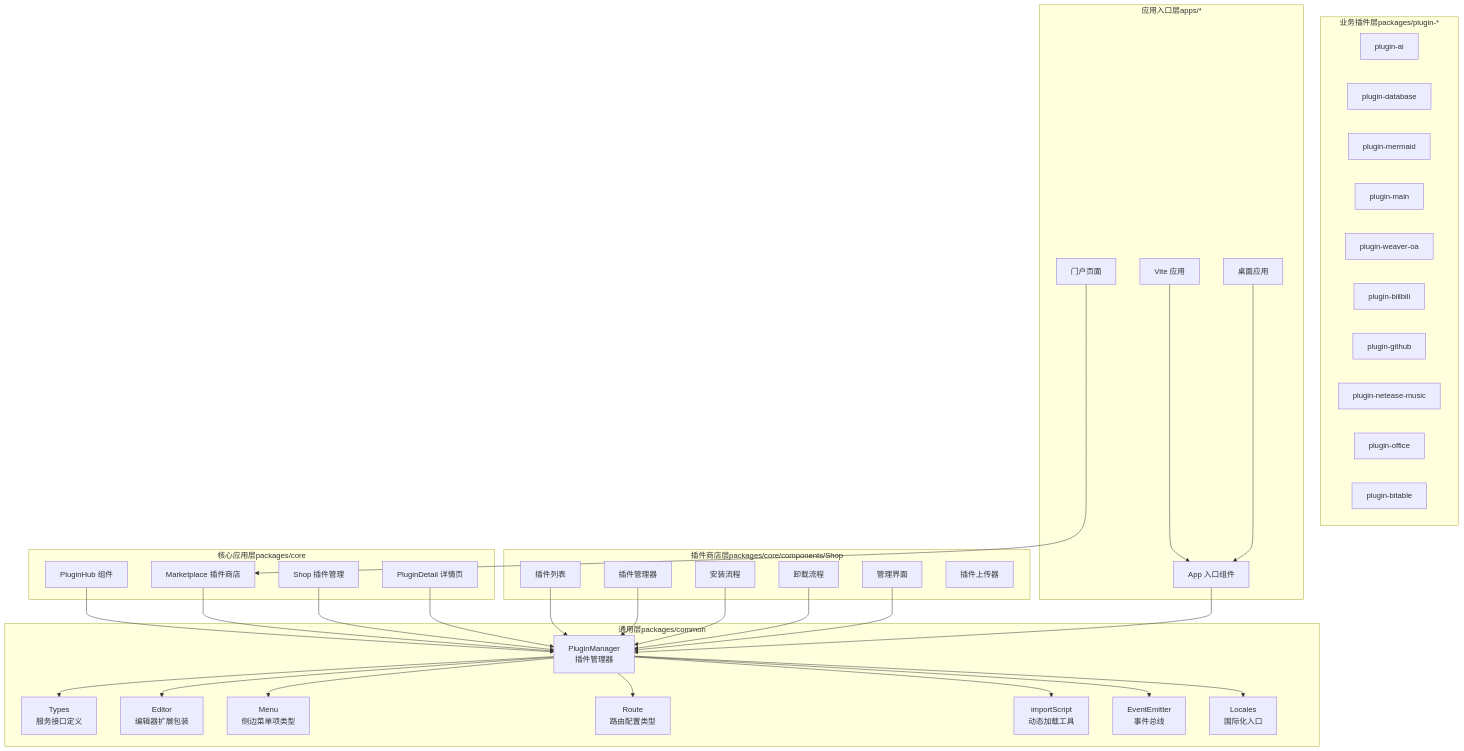
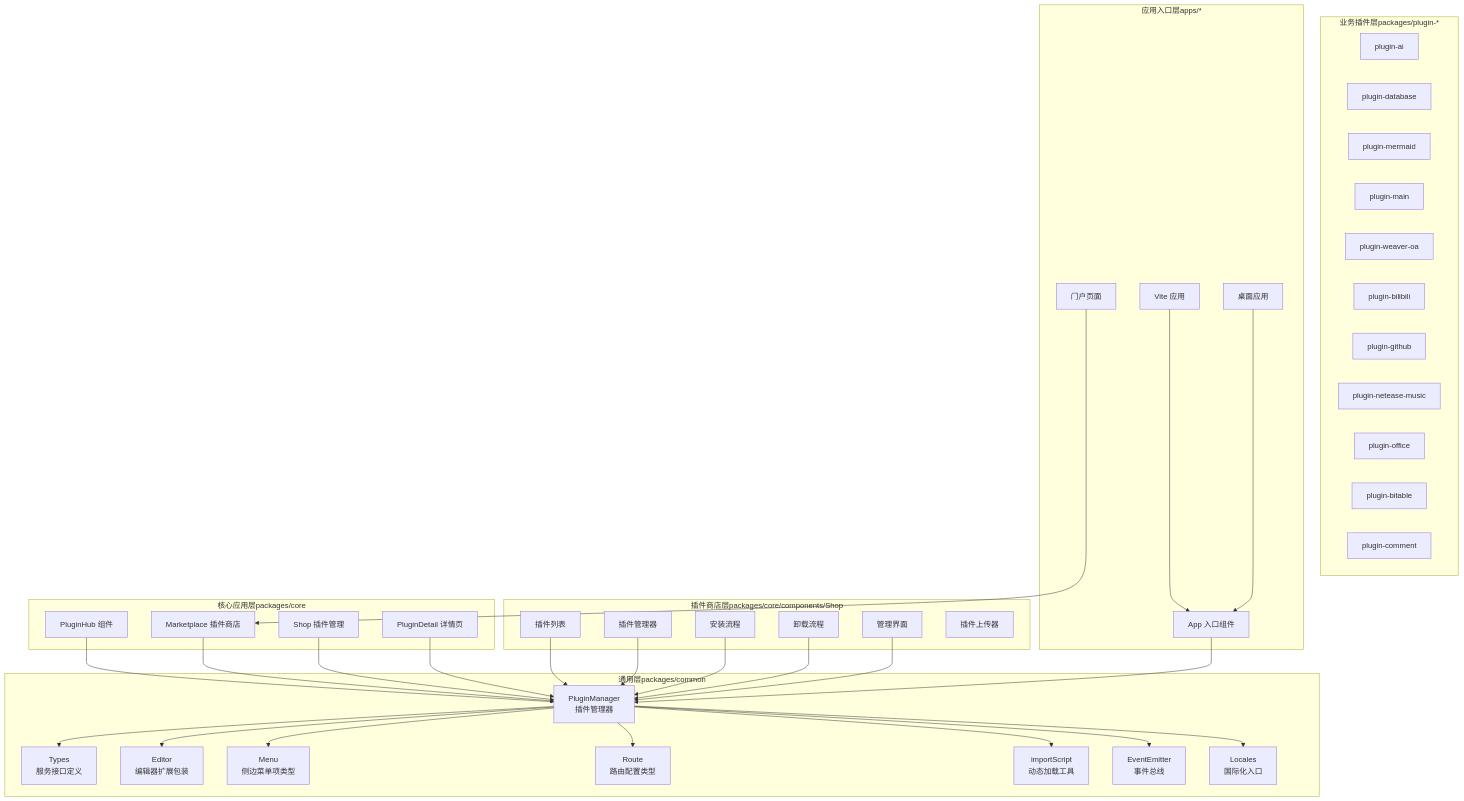
One commit to LRF0422/Kotion changed the first of 22 diagrams in .qoder/repowiki/zh/content/架构设计/插件系统架构/插件系统架构.md. Above: the diagram before and after it, drawn with Mermaid. The commit also changed other lines of this file and 5 other files, not shown here.

````diff
--- a/.qoder/repowiki/zh/content/架构设计/插件系统架构/插件系统架构.md
+++ b/.qoder/repowiki/zh/content/架构设计/插件系统架构/插件系统架构.md
@@ -85,65 +92,66 @@
 ```mermaid
 graph TB
 subgraph "通用层packages/common"
 PM["PluginManager<br/>插件管理器"]
 Types["Types<br/>服务接口定义"]
 Editor["Editor<br/>编辑器扩展包装"]
 Menu["Menu<br/>侧边菜单项类型"]
 Route["Route<br/>路由配置类型"]
 ImportUtil["importScript<br/>动态加载工具"]
 Event["EventEmitter<br/>事件总线"]
 Locales["Locales<br/>国际化入口"]
 end
 subgraph "业务插件层packages/plugin-*"
 PluginAI["plugin-ai"]
 PluginDB["plugin-database"]
 PluginMermaid["plugin-mermaid"]
 PluginMain["plugin-main"]
 PluginWeaverOA["plugin-weaver-oa"]
 PluginBilibili["plugin-bilibili"]
 PluginGitHub["plugin-github"]
 PluginNetEase["plugin-netease-music"]
 PluginOffice["plugin-office"]
 PluginBitable["plugin-bitable"]
+PluginComment["plugin-comment"]
 end
 subgraph "核心应用层packages/core"
 PluginHub["PluginHub 组件"]
 Marketplace["Marketplace 插件商店"]
 Shop["Shop 插件管理"]
 PluginDetail["PluginDetail 详情页"]
 end
 subgraph "插件商店层packages/core/components/Shop"
 Install["安装流程"]
 Uninstall["卸载流程"]
 Manage["管理界面"]
 PluginList["插件列表"]
 PluginManagerComp["插件管理器"]
 PluginUploader["插件上传器"]
 end
 subgraph "应用入口层apps/*"
 AppEntry["App 入口组件"]
 ViteApp["Vite 应用"]
 DesktopApp["桌面应用"]
 LandingPage["门户页面"]
 end
 PM --> ImportUtil
 PM --> Event
 PM --> Types
 PM --> Editor
 PM --> Menu
 PM --> Route
 PM --> Locales
 PluginHub --> PM
 Marketplace --> PM
 Shop --> PM
 PluginDetail --> PM
 PluginList --> PM
 PluginManagerComp --> PM
 Install --> PM
 Uninstall --> PM
 Manage --> PM
 AppEntry --> PM
 ViteApp --> AppEntry
 DesktopApp --> AppEntry
 LandingPage --> Marketplace
 ```
````
